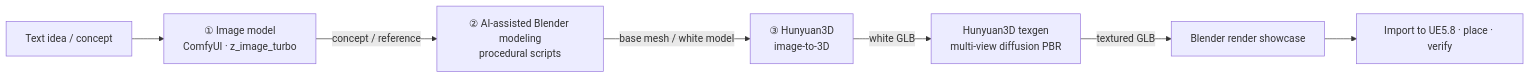
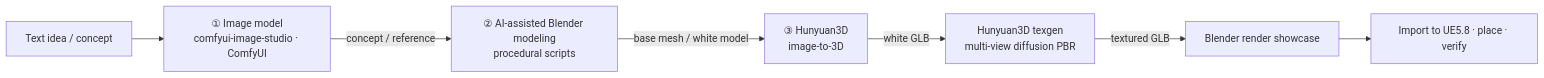
The diagram in README.md (wuuwuu26/ember-protocol), drawn with Mermaid before and after one commit. The commit also changed other lines of this file and 3 other files, not shown here.

First line of the commit message:
Reference comfyui-image-studio repo as the image-generation toolchain

````diff
--- a/README.md
+++ b/README.md
@@ -21,9 +21,9 @@
 ```mermaid
 flowchart LR
-    A[Text idea / concept] --> B[① Image model<br/>ComfyUI · z_image_turbo]
+    A[Text idea / concept] --> B[① Image model<br/>comfyui-image-studio · ComfyUI]
     B -->|concept / reference| C[② AI-assisted Blender modeling<br/>procedural scripts]
     C -->|base mesh / white model| D[③ Hunyuan3D<br/>image-to-3D]
     D -->|white GLB| E[Hunyuan3D texgen<br/>multi-view diffusion PBR]
     E -->|textured GLB| F[Blender render showcase]
     F --> G[Import to UE5.8 · place · verify]
 ```
````
